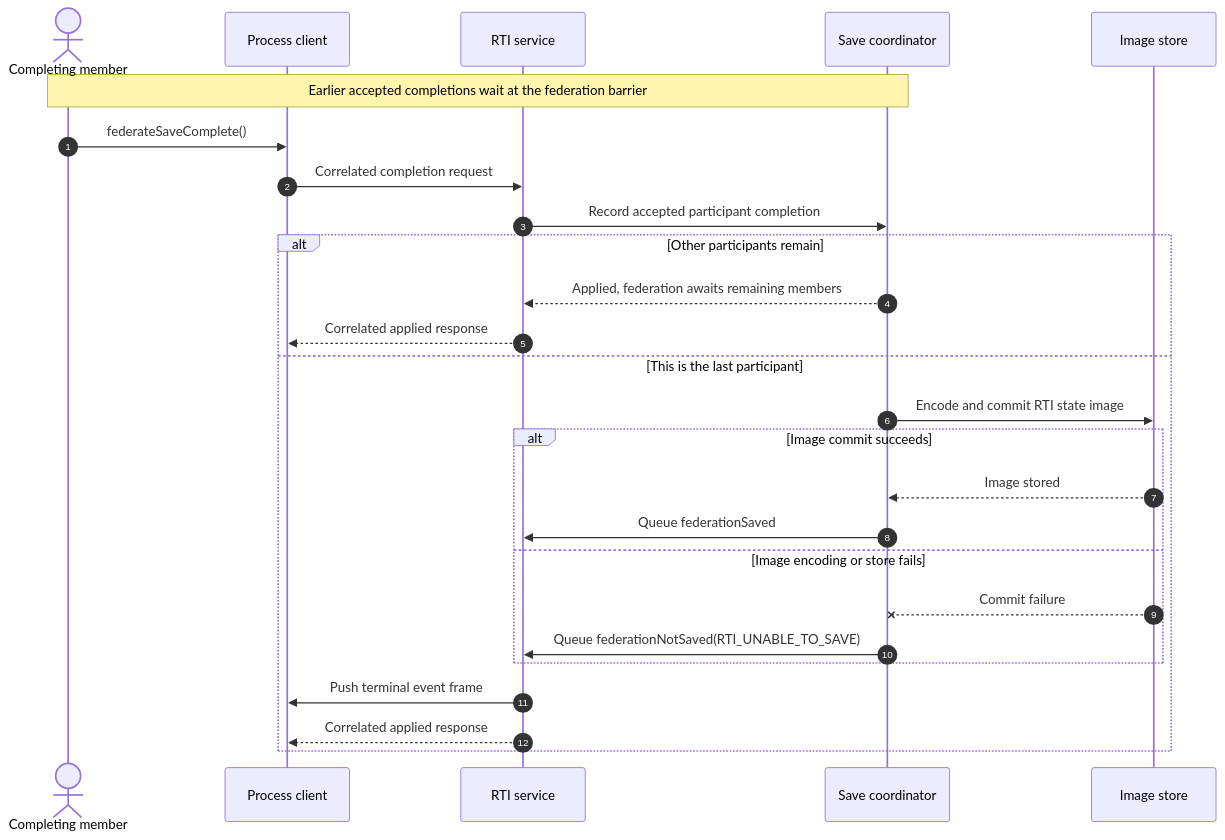
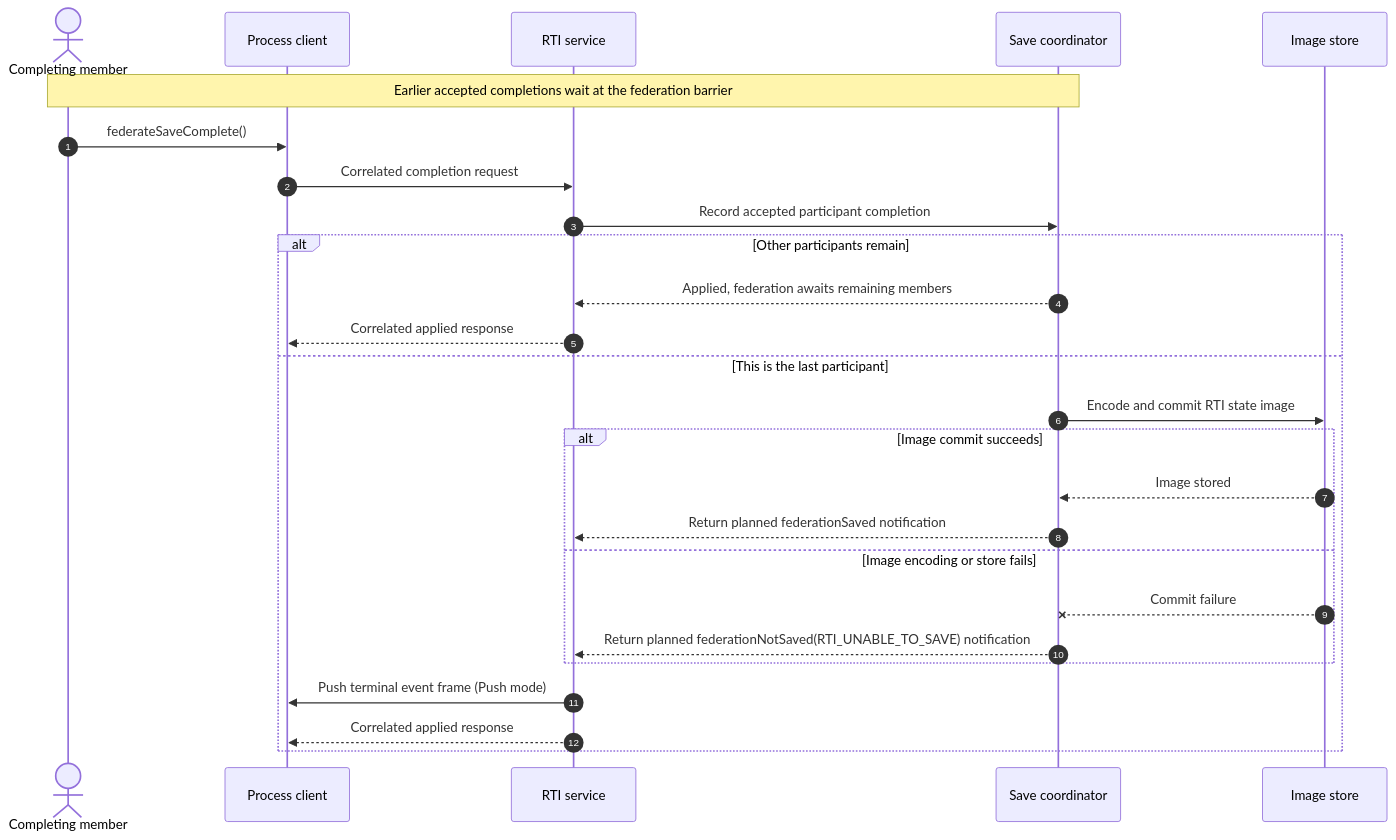
One commit to sheepfling/umbra changed diagram 11 of 42 in docs/design/HLA-2025-FEDERATION-SAVE-RESTORE-FLOW-GUIDE.md. Above: the diagram before and after it, drawn with Mermaid. The commit also changed other lines of this file and 36 other files, not shown here.

````diff
--- a/docs/design/HLA-2025-FEDERATION-SAVE-RESTORE-FLOW-GUIDE.md
+++ b/docs/design/HLA-2025-FEDERATION-SAVE-RESTORE-FLOW-GUIDE.md
@@ -602,29 +813,29 @@
 ```mermaid
 sequenceDiagram
   autonumber
   actor Member as Completing member
   participant Client as Process client
   participant Service as RTI service
   participant Registry as Save coordinator
   participant Store as Image store
 
   Note over Member,Registry: Earlier accepted completions wait at the federation barrier
   Member->>Client: federateSaveComplete()
   Client->>Service: Correlated completion request
   Service->>Registry: Record accepted participant completion
   alt Other participants remain
     Registry-->>Service: Applied, federation awaits remaining members
     Service-->>Client: Correlated applied response
   else This is the last participant
     Registry->>Store: Encode and commit RTI state image
     alt Image commit succeeds
       Store-->>Registry: Image stored
-      Registry->>Service: Queue federationSaved
+      Registry-->>Service: Return planned federationSaved notification
     else Image encoding or store fails
       Store--xRegistry: Commit failure
-      Registry->>Service: Queue federationNotSaved(RTI_UNABLE_TO_SAVE)
+      Registry-->>Service: Return planned federationNotSaved(RTI_UNABLE_TO_SAVE) notification
     end
-    Service->>Client: Push terminal event frame
+    Service->>Client: Push terminal event frame (Push mode)
     Service-->>Client: Correlated applied response
   end
 ```
````
